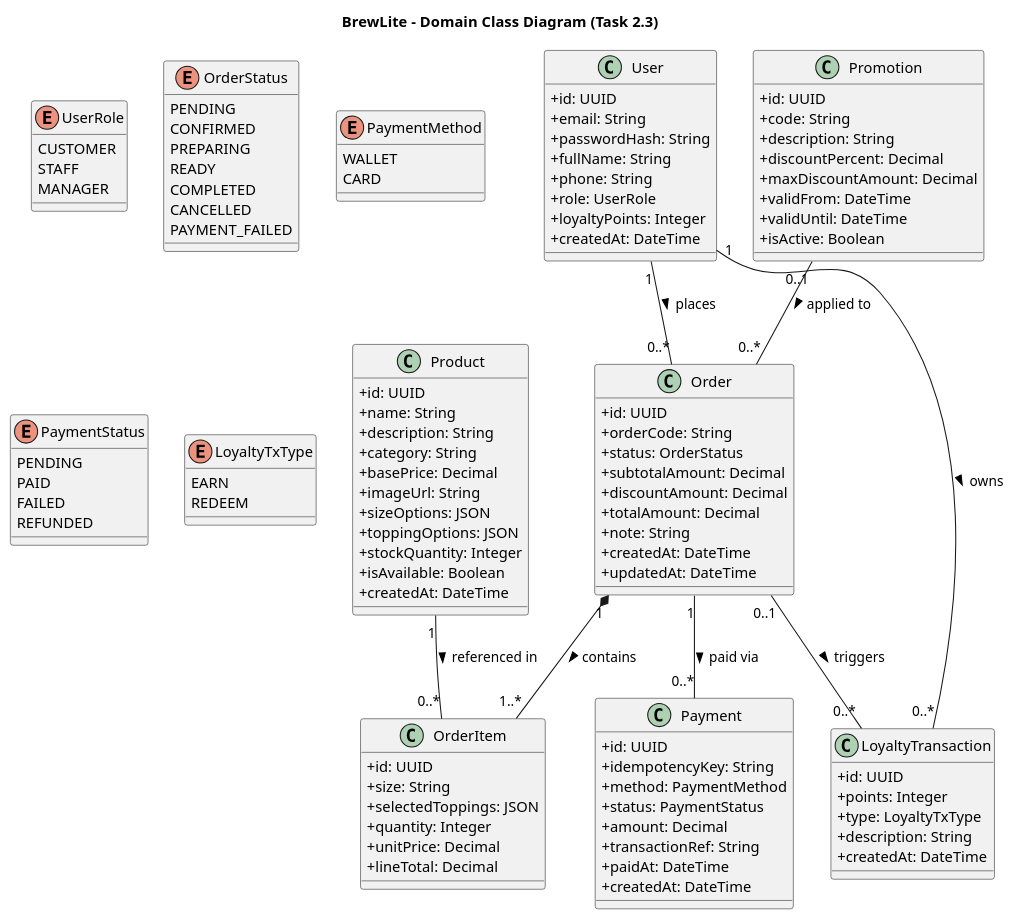
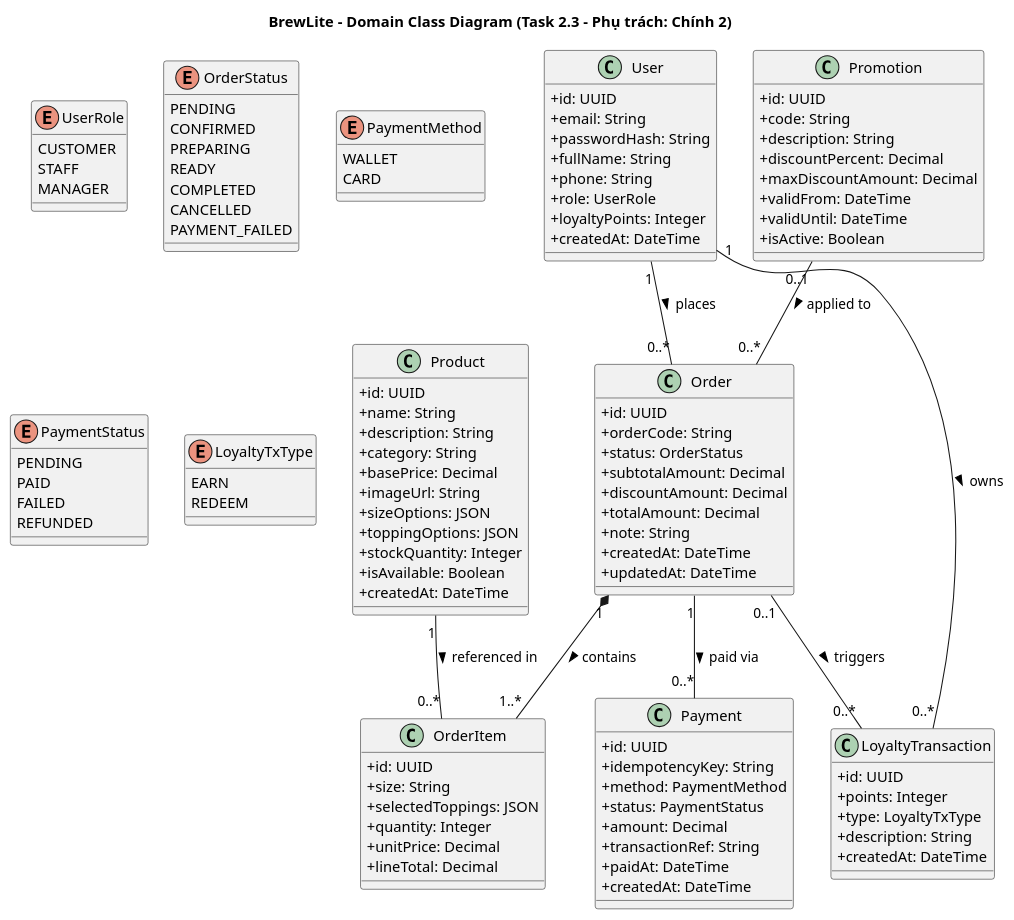
The diagram in docs/diagrams/class-domain.puml (BMT0306/A2_BrewLite), drawn with PlantUML before and after one commit. The commit also changed 20 other files, not shown here.

```diff
--- a/docs/diagrams/class-domain.puml
+++ b/docs/diagrams/class-domain.puml
@@ -1,121 +1,121 @@
 @startuml class-domain
-title BrewLite - Domain Class Diagram (Task 2.3)
+title BrewLite - Domain Class Diagram (Task 2.3 - Phụ trách: Chính 2)
 skinparam classAttributeIconSize 0
 
 enum UserRole {
   CUSTOMER
   STAFF
   MANAGER
 }
 
 enum OrderStatus {
   PENDING
   CONFIRMED
   PREPARING
   READY
   COMPLETED
   CANCELLED
   PAYMENT_FAILED
 }
 
 enum PaymentMethod {
   WALLET
   CARD
 }
 
 enum PaymentStatus {
   PENDING
   PAID
   FAILED
   REFUNDED
 }
 
 enum LoyaltyTxType {
   EARN
   REDEEM
 }
 
 class User {
   +id: UUID
   +email: String
   +passwordHash: String
   +fullName: String
   +phone: String
   +role: UserRole
   +loyaltyPoints: Integer
   +createdAt: DateTime
 }
 
 class Product {
   +id: UUID
   +name: String
   +description: String
   +category: String
   +basePrice: Decimal
   +imageUrl: String
   +sizeOptions: JSON
   +toppingOptions: JSON
   +stockQuantity: Integer
   +isAvailable: Boolean
   +createdAt: DateTime
 }
 
 class Order {
   +id: UUID
   +orderCode: String
   +status: OrderStatus
   +subtotalAmount: Decimal
   +discountAmount: Decimal
   +totalAmount: Decimal
   +note: String
   +createdAt: DateTime
   +updatedAt: DateTime
 }
 
 class OrderItem {
   +id: UUID
   +size: String
   +selectedToppings: JSON
   +quantity: Integer
   +unitPrice: Decimal
   +lineTotal: Decimal
 }
 
 class Payment {
   +id: UUID
   +idempotencyKey: String
   +method: PaymentMethod
   +status: PaymentStatus
   +amount: Decimal
   +transactionRef: String
   +paidAt: DateTime
   +createdAt: DateTime
 }
 
 class Promotion {
   +id: UUID
   +code: String
   +description: String
   +discountPercent: Decimal
   +maxDiscountAmount: Decimal
   +validFrom: DateTime
   +validUntil: DateTime
   +isActive: Boolean
 }
 
 class LoyaltyTransaction {
   +id: UUID
   +points: Integer
   +type: LoyaltyTxType
   +description: String
   +createdAt: DateTime
 }
 
 User "1" -- "0..*" Order : places >
 Order "1" *-- "1..*" OrderItem : contains >
 Product "1" -- "0..*" OrderItem : referenced in >
 Order "1" -- "0..*" Payment : paid via >
 Promotion "0..1" -- "0..*" Order : applied to >
 User "1" -- "0..*" LoyaltyTransaction : owns >
 Order "0..1" -- "0..*" LoyaltyTransaction : triggers >
 @enduml
```
